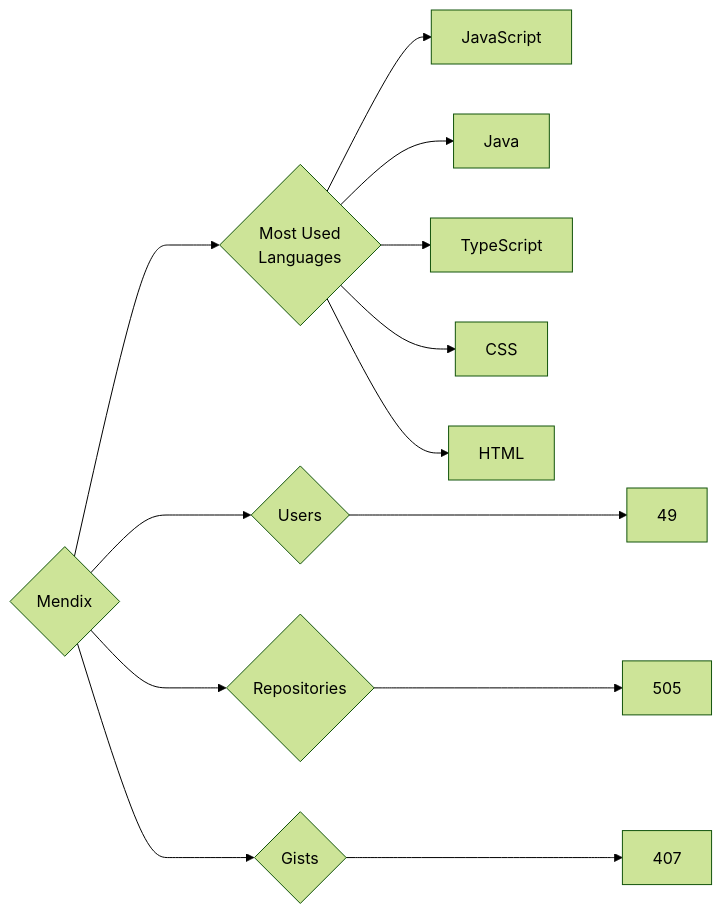
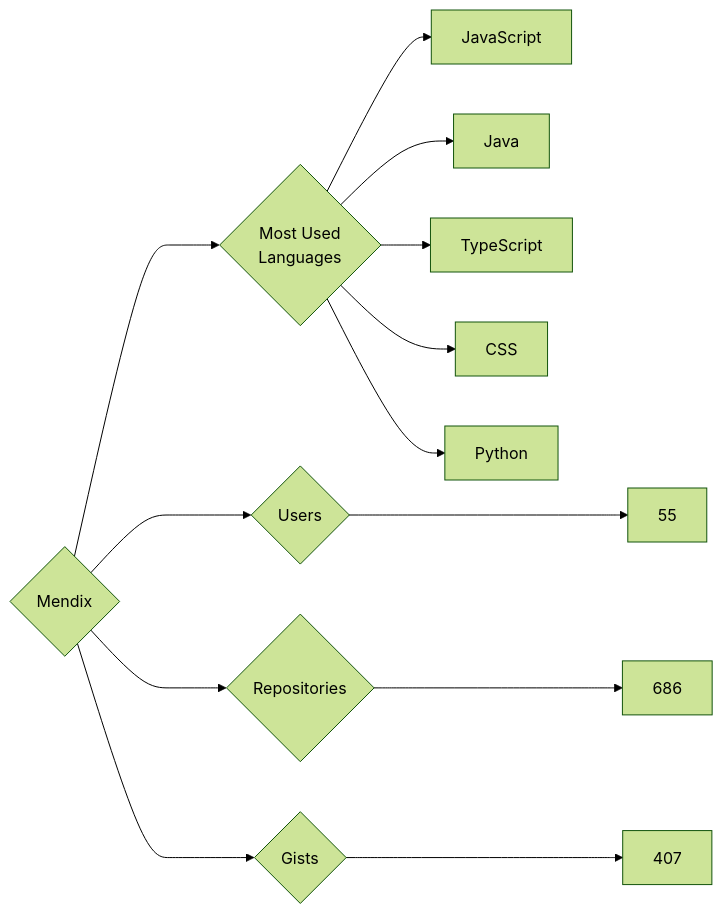
Before and after one commit to trickest/insiders: the diagram in targets/Mendix/README.md, drawn with Mermaid (forest theme). The commit also changed 770 other files, not shown here.

````diff
--- a/targets/Mendix/README.md
+++ b/targets/Mendix/README.md
@@ -3,13 +3,13 @@
 ```mermaid
 graph LR
 COMPANY_NAME{Mendix}
-COMPANY_NAME ---> U{Users} ---> UN[49]
-COMPANY_NAME ---> R{Repositories} ---> RN[505]
+COMPANY_NAME ---> U{Users} ---> UN[55]
+COMPANY_NAME ---> R{Repositories} ---> RN[686]
 COMPANY_NAME ---> G{Gists} ---> GN[407]
 COMPANY_NAME ---> ML{Most Used<br>Languages}
 ML --> JavaScript[JavaScript]
 ML --> Java[Java]
 ML --> TypeScript[TypeScript]
 ML --> CSS[CSS]
-ML --> HTML[HTML]
+ML --> Python[Python]
 ```
````
